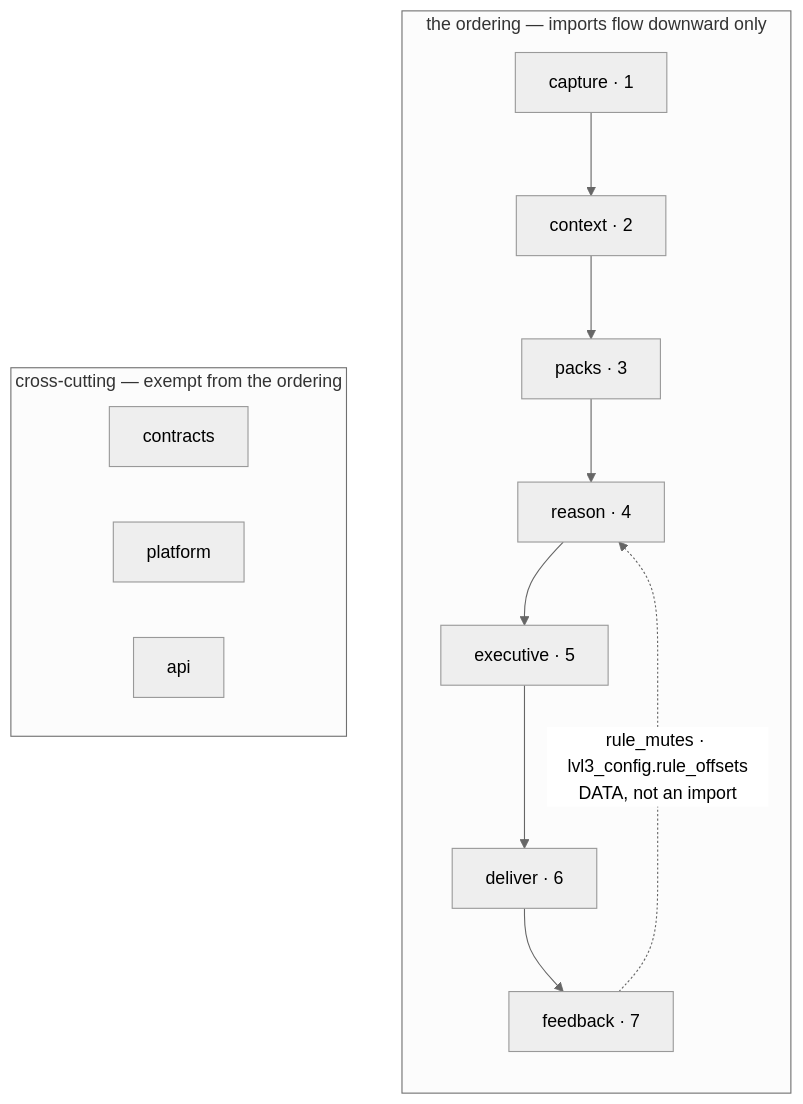
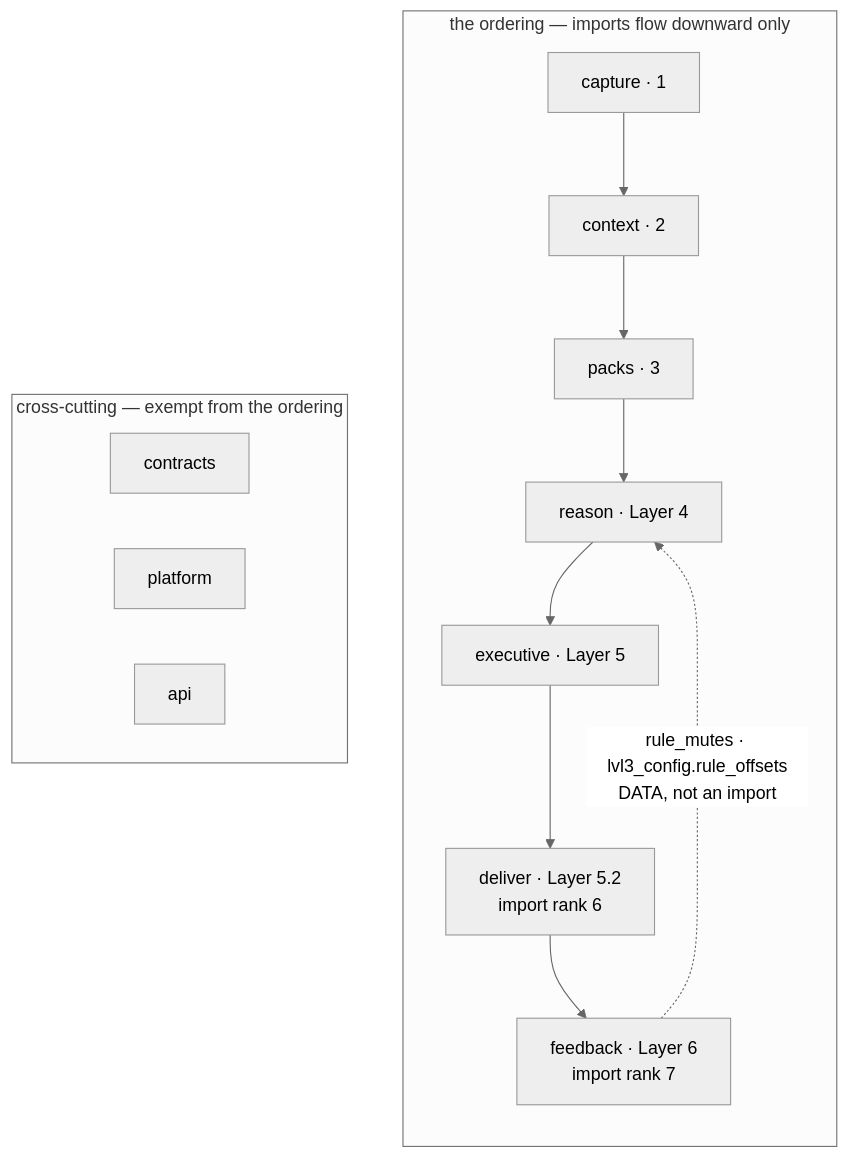
The fourth of 9 diagrams in System Design/Layer-4-Reasoning-Engine/_reference/Integration-and-Activation.md (themoronss/genios-brain), drawn with Mermaid (neutral theme) before and after one commit. The commit also changed other lines of this file and 316 other files, not shown here.

````diff
--- a/System Design/Layer-4-Reasoning-Engine/_reference/Integration-and-Activation.md
+++ b/System Design/Layer-4-Reasoning-Engine/_reference/Integration-and-Activation.md
@@ -192,15 +192,15 @@
 ```mermaid
 flowchart TB
     subgraph ORD["the ordering — imports flow downward only"]
         direction TB
         L1["capture · 1"] --> L2["context · 2"] --> L3["packs · 3"]
-        L3 --> L4["reason · 4"] --> L5["executive · 5"]
-        L5 --> L6["deliver · 6"] --> L7["feedback · 7"]
+        L3 --> L4["reason · Layer 4"] --> L5["executive · Layer 5"]
+        L5 --> D52["deliver · Layer 5.2<br/>import rank 6"] --> LEARN6["feedback · Layer 6<br/>import rank 7"]
     end
-    L7 -. "rule_mutes · lvl3_config.rule_offsets<br/>DATA, not an import" .-> L4
+    LEARN6 -. "rule_mutes · lvl3_config.rule_offsets<br/>DATA, not an import" .-> L4
     subgraph XC["cross-cutting — exempt from the ordering"]
         C["contracts"]
         P["platform"]
         A["api"]
     end
 ```
````
